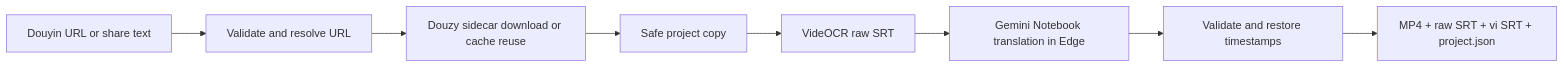
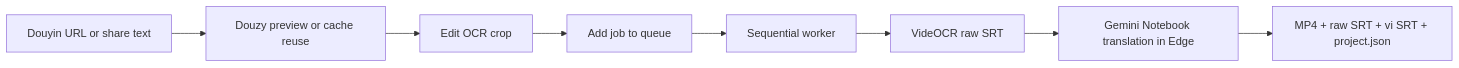
One commit to qvinh8726/VietSub-Studio changed the first of 2 diagrams in README.md. Above: the diagram before and after it, drawn with Mermaid. The commit also changed other lines of this file and 7 other files, not shown here.

Commit message:
Add OCR preview queue and update notifier (#1)

````diff
--- a/README.md
+++ b/README.md
@@ -254,10 +259,10 @@
 ```mermaid
 flowchart LR
-    A[Douyin URL or share text] --> B[Validate and resolve URL]
-    B --> C[Douzy sidecar download or cache reuse]
-    C --> D[Safe project copy]
-    D --> E[VideOCR raw SRT]
-    E --> F[Gemini Notebook translation in Edge]
-    F --> G[Validate and restore timestamps]
+    A[Douyin URL or share text] --> B[Douzy preview or cache reuse]
+    B --> C[Edit OCR crop]
+    C --> D[Add job to queue]
+    D --> E[Sequential worker]
+    E --> F[VideOCR raw SRT]
+    F --> G[Gemini Notebook translation in Edge]
     G --> H[MP4 + raw SRT + vi SRT + project.json]
 ```
````
